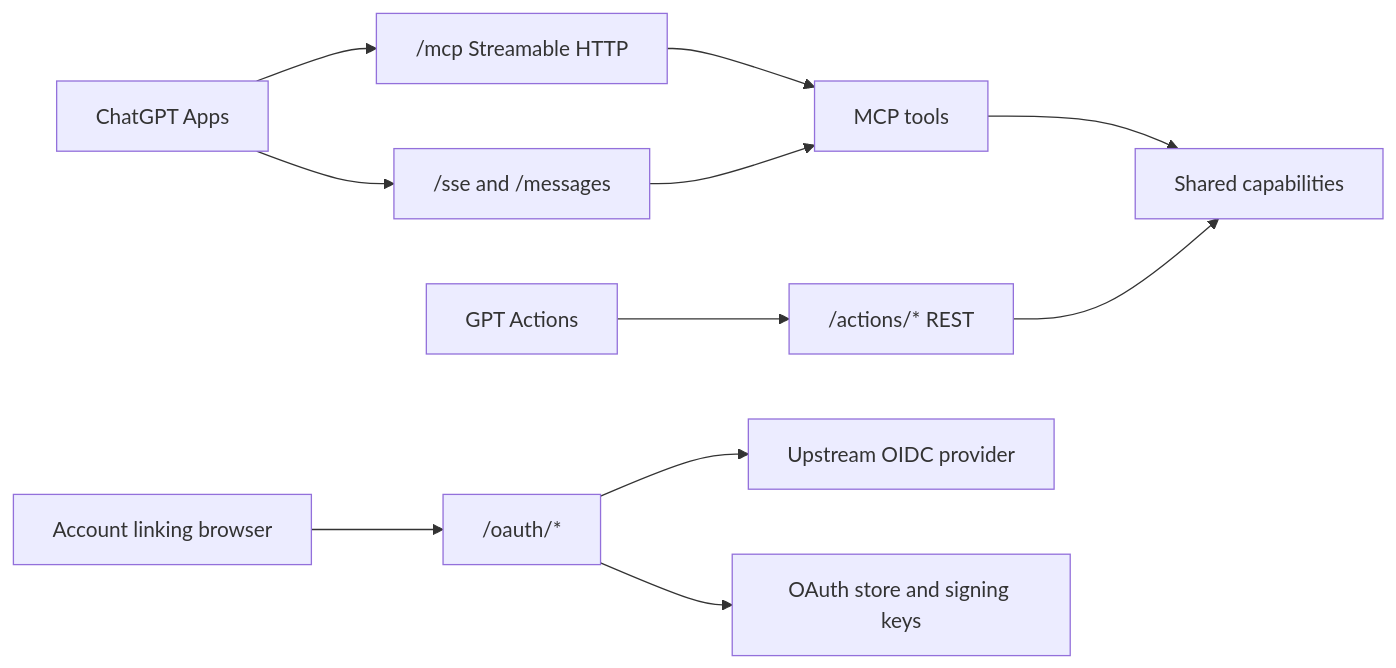
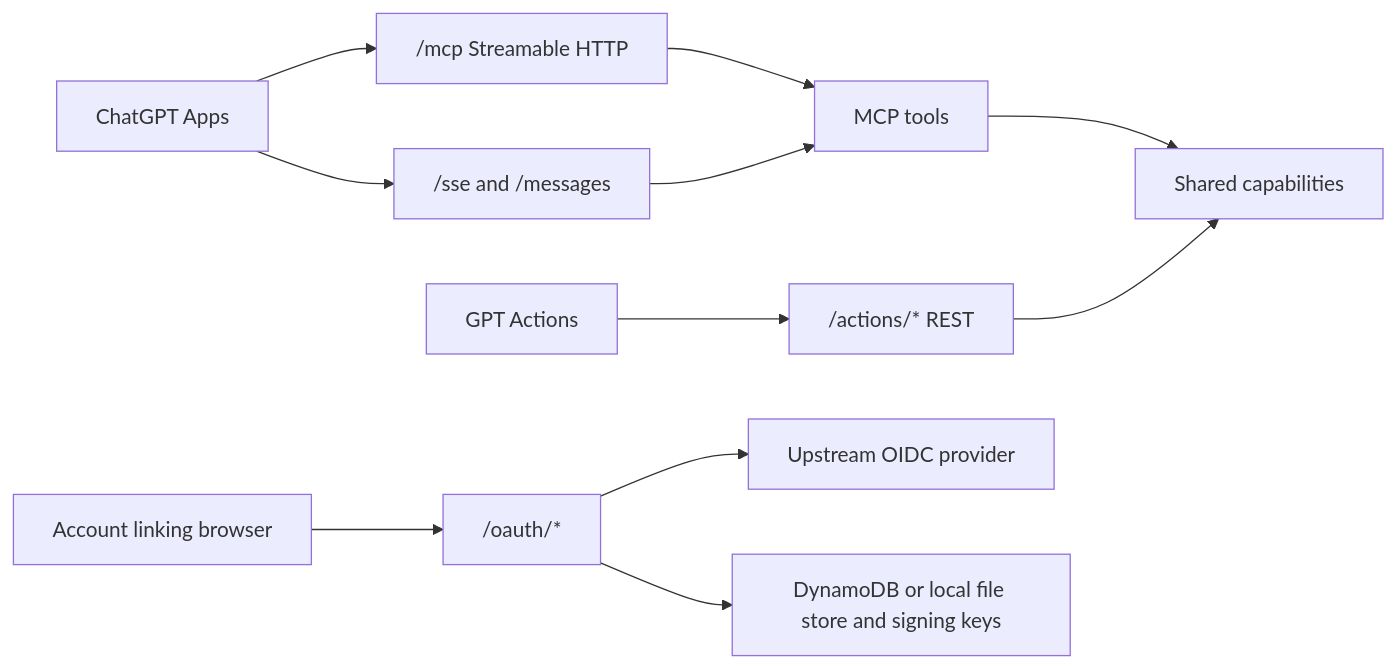
Before and after one commit to jmillpps/encore-mcp-base: the first of 2 diagrams in README.md, drawn with Mermaid. The commit also changed other lines of this file, not shown here.

````diff
--- a/README.md
+++ b/README.md
@@ -45,13 +45,13 @@
 ```mermaid
 flowchart LR
   Apps["ChatGPT Apps"] --> Mcp["/mcp Streamable HTTP"]
   Apps --> Sse["/sse and /messages"]
   Actions["GPT Actions"] --> Rest["/actions/* REST"]
   Browser["Account linking browser"] --> OAuth["/oauth/*"]
   OAuth --> Idp["Upstream OIDC provider"]
   Mcp --> Tools["MCP tools"]
   Tools --> Capabilities["Shared capabilities"]
   Sse --> Tools
   Rest --> Capabilities
-  OAuth --> Store["OAuth store and signing keys"]
+  OAuth --> Store["DynamoDB or local file store and signing keys"]
 ```
````
